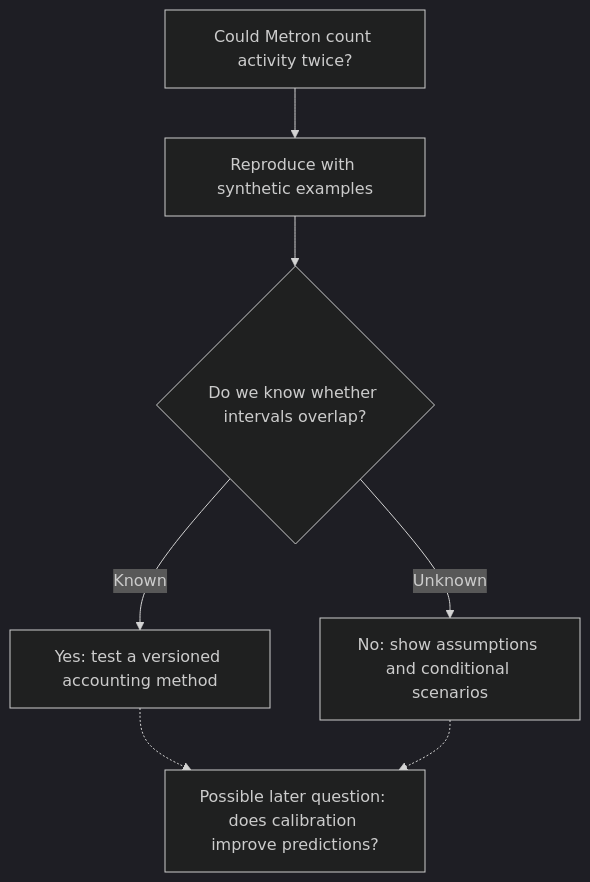
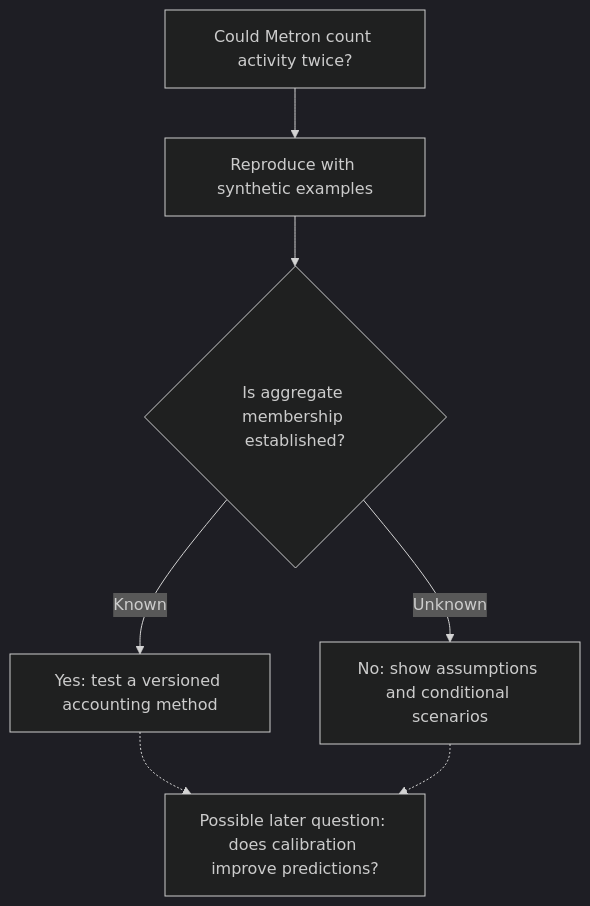
The diagram in docs/ROADMAP.md (andydrewie/metron), drawn with Mermaid (dark theme) before and after one commit. The commit also changed other lines of this file and 22 other files, not shown here.

````diff
--- a/docs/ROADMAP.md
+++ b/docs/ROADMAP.md
@@ -40,14 +42,14 @@
 ```mermaid
 flowchart TD
     A["Could Metron count activity twice?"]
     B["Reproduce with synthetic examples"]
-    C{"Do we know whether intervals overlap?"}
+    C{"Is aggregate membership established?"}
     D["Yes: test a versioned accounting method"]
     E["No: show assumptions and conditional scenarios"]
     F["Possible later question: does calibration improve predictions?"]
     A --> B --> C
     C -->|Known| D
     C -->|Unknown| E
     D -.-> F
     E -.-> F
 ```
````
